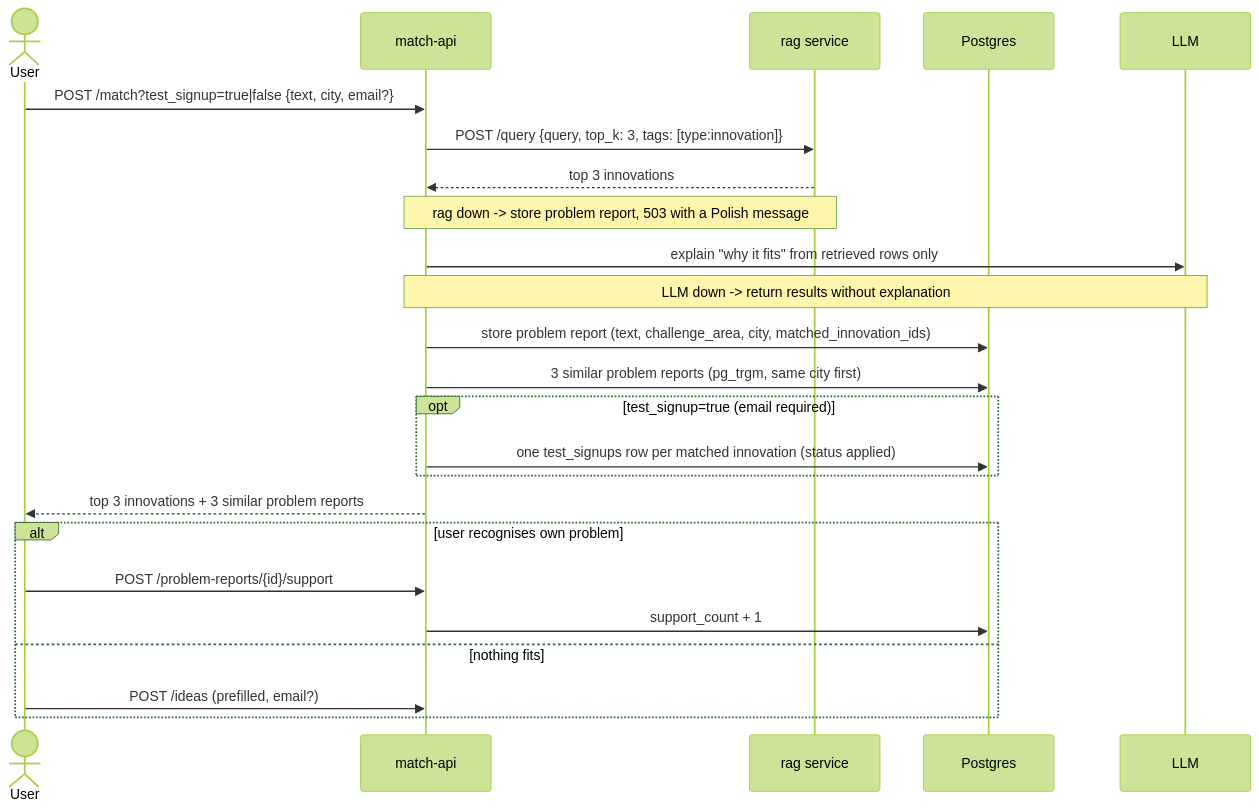
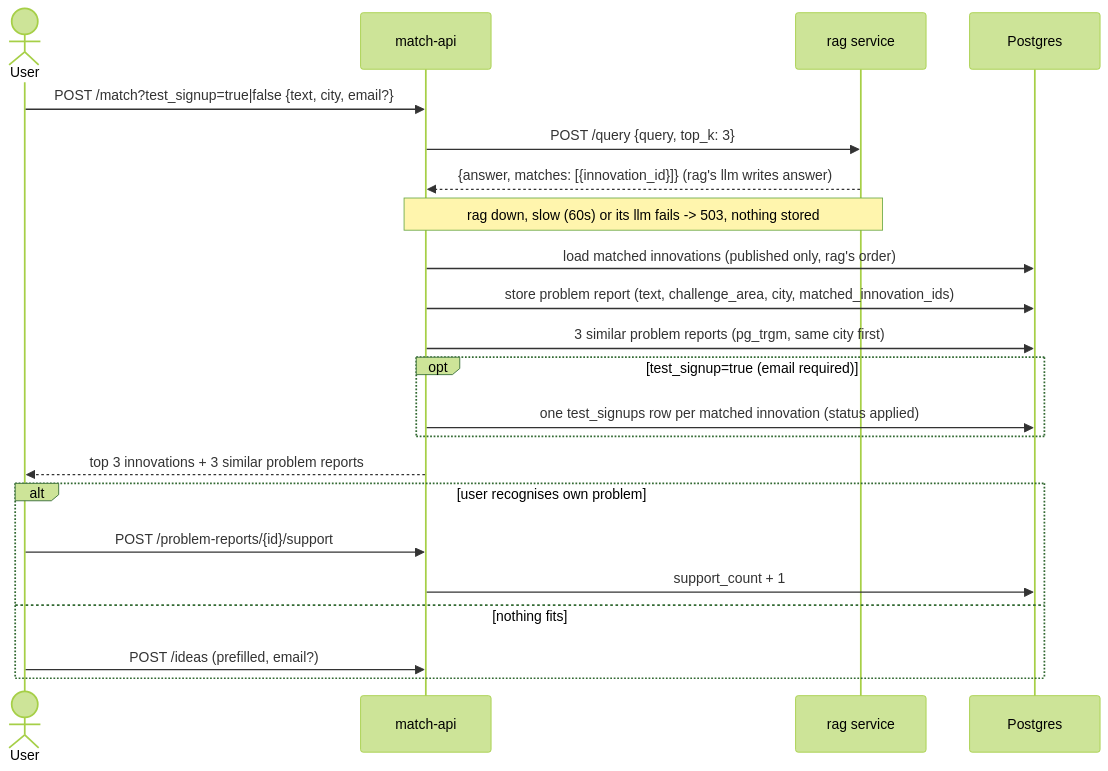
Before and after one commit to DziadBud/HackYeah2026: the third of 4 diagrams in documentation/backend/architecture.md, drawn with Mermaid (forest theme). The commit also changed other lines of this file and 17 other files, not shown here.

First line of the commit message:
feat(match): retrieve matches from rag /query and return its answer

````diff
--- a/documentation/backend/architecture.md
+++ b/documentation/backend/architecture.md
@@ -95,27 +95,25 @@
 ```mermaid
 sequenceDiagram
     actor User
     participant API as match-api
     participant RAG as rag service
     participant DB as Postgres
-    participant LLM
 
     User->>API: POST /match?test_signup=true|false {text, city, email?}
-    API->>RAG: POST /query {query, top_k: 3, tags: [type:innovation]}
-    RAG-->>API: top 3 innovations
-    Note over API,RAG: rag down -> store problem report, 503 with a Polish message
-    API->>LLM: explain "why it fits" from retrieved rows only
-    Note over API,LLM: LLM down -> return results without explanation
+    API->>RAG: POST /query {query, top_k: 3}
+    RAG-->>API: {answer, matches: [{innovation_id}]} (rag's llm writes answer)
+    Note over API,RAG: rag down, slow (60s) or its llm fails -> 503, nothing stored
+    API->>DB: load matched innovations (published only, rag's order)
     API->>DB: store problem report (text, challenge_area, city, matched_innovation_ids)
     API->>DB: 3 similar problem reports (pg_trgm, same city first)
     opt test_signup=true (email required)
         API->>DB: one test_signups row per matched innovation (status applied)
     end
     API-->>User: top 3 innovations + 3 similar problem reports
     alt user recognises own problem
         User->>API: POST /problem-reports/{id}/support
         API->>DB: support_count + 1
     else nothing fits
         User->>API: POST /ideas (prefilled, email?)
     end
 ```
````
